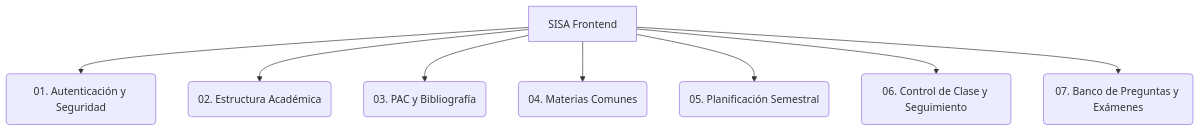
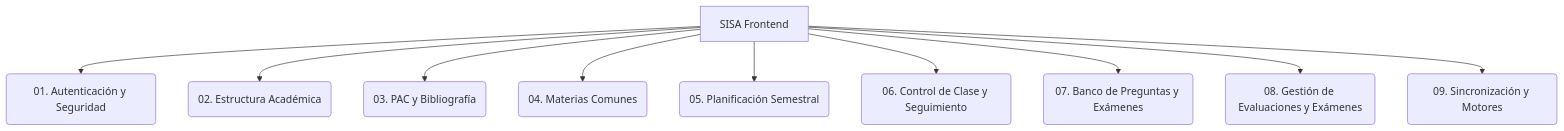
The diagram in README.md (haroldiux/Academico), drawn with Mermaid before and after one commit. The commit also changed other lines of this file and 15 other files, not shown here.

````diff
--- a/README.md
+++ b/README.md
@@ -14,10 +14,12 @@
 ```mermaid
 graph TD
     A[SISA Frontend] --> B(01. Autenticación y Seguridad)
     A --> C(02. Estructura Académica)
     A --> D(03. PAC y Bibliografía)
     A --> E(04. Materias Comunes)
     A --> F(05. Planificación Semestral)
     A --> G(06. Control de Clase y Seguimiento)
     A --> H(07. Banco de Preguntas y Exámenes)
+    A --> I(08. Gestión de Evaluaciones y Exámenes)
+    A --> J(09. Sincronización y Motores)
 ```
````
